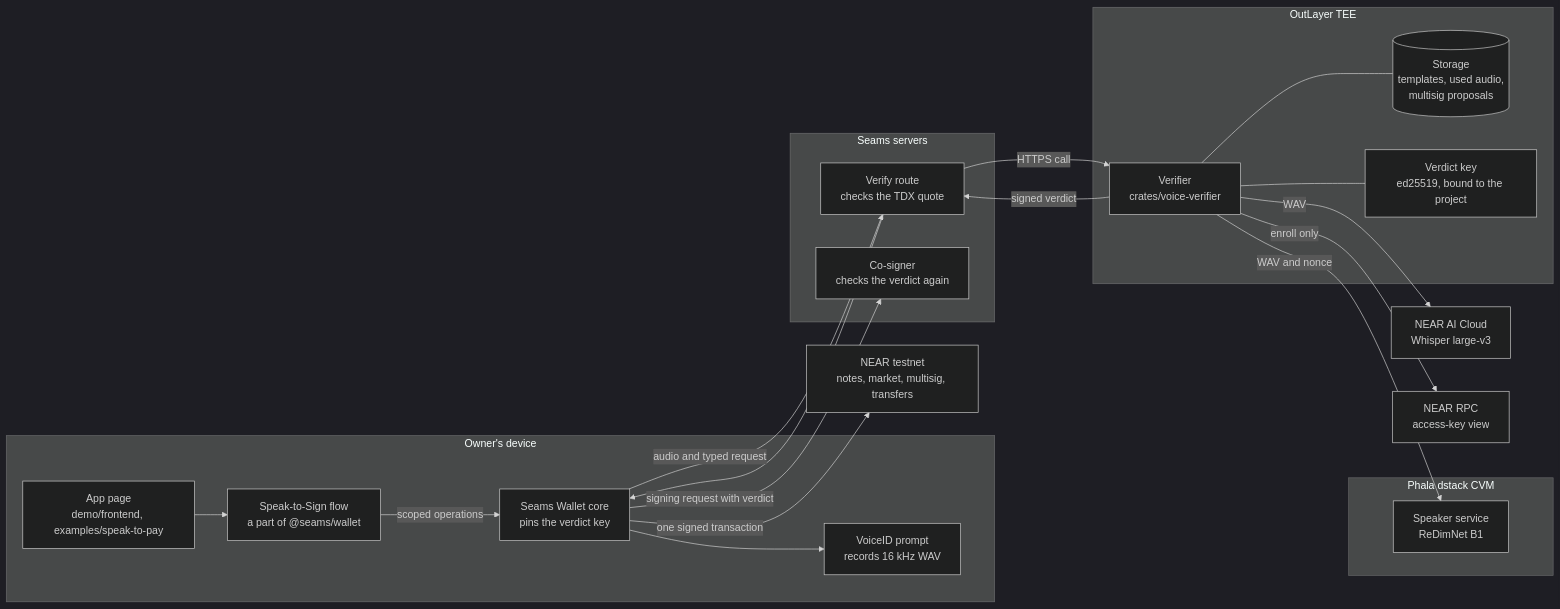
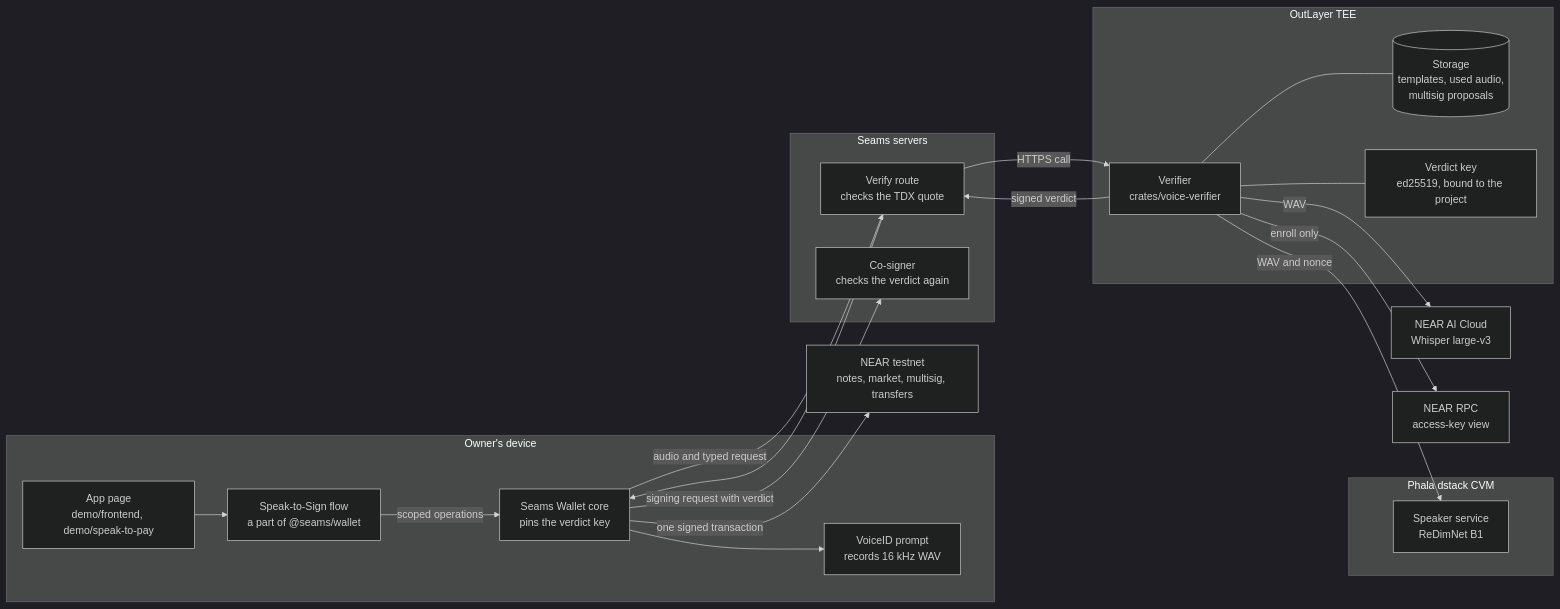
Before and after one commit to seams-tech/speak-to-sign: the first of 9 diagrams in docs/architecture.md, drawn with Mermaid (dark theme). The commit also changed other lines of this file and 99 other files, not shown here.

````diff
--- a/docs/architecture.md
+++ b/docs/architecture.md
@@ -12,43 +12,43 @@
 ```mermaid
 flowchart LR
   subgraph Device["Owner's device"]
-    App["App page<br/>demo/frontend, examples/speak-to-pay"]
+    App["App page<br/>demo/frontend, demo/speak-to-pay"]
     Plugin["Speak-to-Sign flow<br/>a part of @seams/wallet"]
     Core["Seams Wallet core<br/>pins the verdict key"]
     Mic["VoiceID prompt<br/>records 16 kHz WAV"]
   end
 
   subgraph Seams["Seams servers"]
     Route["Verify route<br/>checks the TDX quote"]
     Cosigner["Co-signer<br/>checks the verdict again"]
   end
 
   subgraph OutLayer["OutLayer TEE"]
     Verifier["Verifier<br/>crates/voice-verifier"]
     Store[("Storage<br/>templates, used audio,<br/>multisig proposals")]
     Key["Verdict key<br/>ed25519, bound to the project"]
   end
 
   subgraph Phala["Phala dstack CVM"]
     Speaker["Speaker service<br/>ReDimNet B1"]
   end
 
   Whisper["NEAR AI Cloud<br/>Whisper large-v3"]
   Rpc["NEAR RPC<br/>access-key view"]
   Chain["NEAR testnet<br/>notes, market, multisig, transfers"]
 
   App --> Plugin
   Plugin -->|scoped operations| Core
   Core --> Mic
   Core -->|audio and typed request| Route
   Route -->|HTTPS call| Verifier
   Verifier -->|WAV and nonce| Speaker
   Verifier -->|WAV| Whisper
   Verifier -->|enroll only| Rpc
   Verifier --- Store
   Verifier --- Key
   Verifier -->|signed verdict| Route
   Route --> Core
   Core -->|signing request with verdict| Cosigner
   Core -->|one signed transaction| Chain
 ```
````
